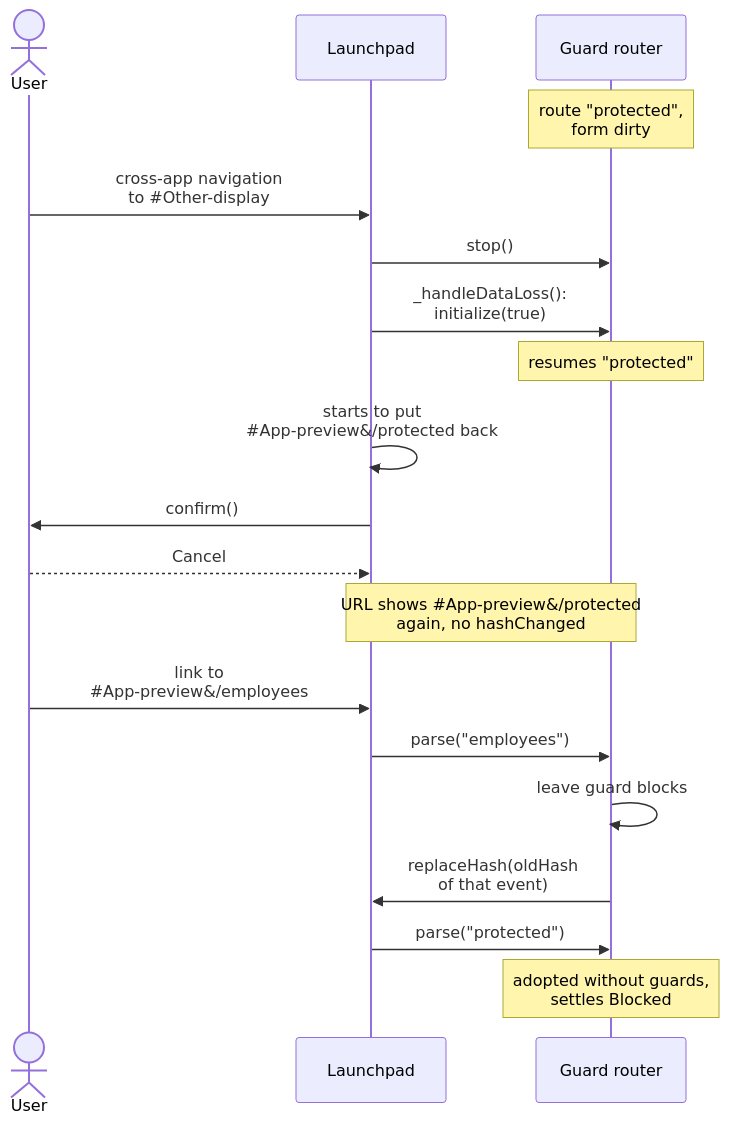
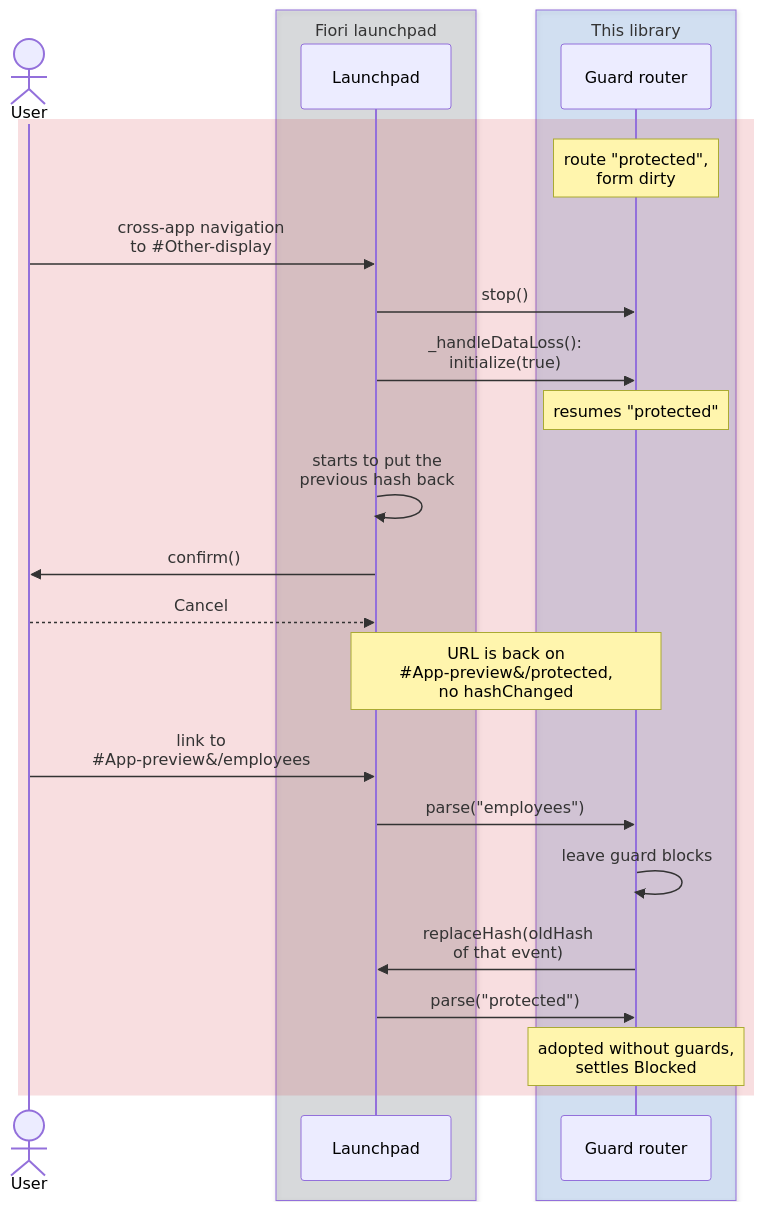
One commit to wridgeu/ui5-lib-guard-router changed the eighth of 12 diagrams in docs/reference/architecture.md. Above: the diagram before and after it, drawn with Mermaid. The commit also changed other lines of this file and 4 other files, not shown here.

First line of the commit message:
docs: give every diagram the one palette and a legend

````diff
--- a/docs/reference/architecture.md
+++ b/docs/reference/architecture.md
@@ -841,21 +886,27 @@
 ```mermaid
 sequenceDiagram
     actor User
-    participant Shell as Launchpad
-    participant Router as Guard router
-    Note over Router: route "protected",<br/>form dirty
-    User->>Shell: cross-app navigation<br/>to #35;Other-display
-    Shell->>Router: stop()
-    Shell->>Router: _handleDataLoss():<br/>initialize(true)
-    Note over Router: resumes "protected"
-    Shell->>Shell: starts to put<br/>#35;App-preview&/protected back
-    Shell->>User: confirm()
-    User-->>Shell: Cancel
-    Note over Shell,Router: URL shows #35;App-preview&/protected<br/>again, no hashChanged
-    User->>Shell: link to<br/>#35;App-preview&/employees
-    Shell->>Router: parse("employees")
-    Router->>Router: leave guard blocks
-    Router->>Shell: replaceHash(oldHash<br/>of that event)
-    Shell->>Router: parse("protected")
-    Note over Router: adopted without guards,<br/>settles Blocked
+    box rgba(110, 119, 129, 0.2) Fiori launchpad
+        participant Shell as Launchpad
+    end
+    box rgba(9, 105, 218, 0.15) This library
+        participant Router as Guard router
+    end
+    rect rgba(207, 34, 46, 0.15)
+        Note over Router: route "protected",<br/>form dirty
+        User->>Shell: cross-app navigation<br/>to #35;Other-display
+        Shell->>Router: stop()
+        Shell->>Router: _handleDataLoss():<br/>initialize(true)
+        Note over Router: resumes "protected"
+        Shell->>Shell: starts to put the<br/>previous hash back
+        Shell->>User: confirm()
+        User-->>Shell: Cancel
+        Note over Shell,Router: URL is back on<br/>#35;App-preview&/protected,<br/>no hashChanged
+        User->>Shell: link to<br/>#35;App-preview&/employees
+        Shell->>Router: parse("employees")
+        Router->>Router: leave guard blocks
+        Router->>Shell: replaceHash(oldHash<br/>of that event)
+        Shell->>Router: parse("protected")
+        Note over Router: adopted without guards,<br/>settles Blocked
+    end
 ```
````
